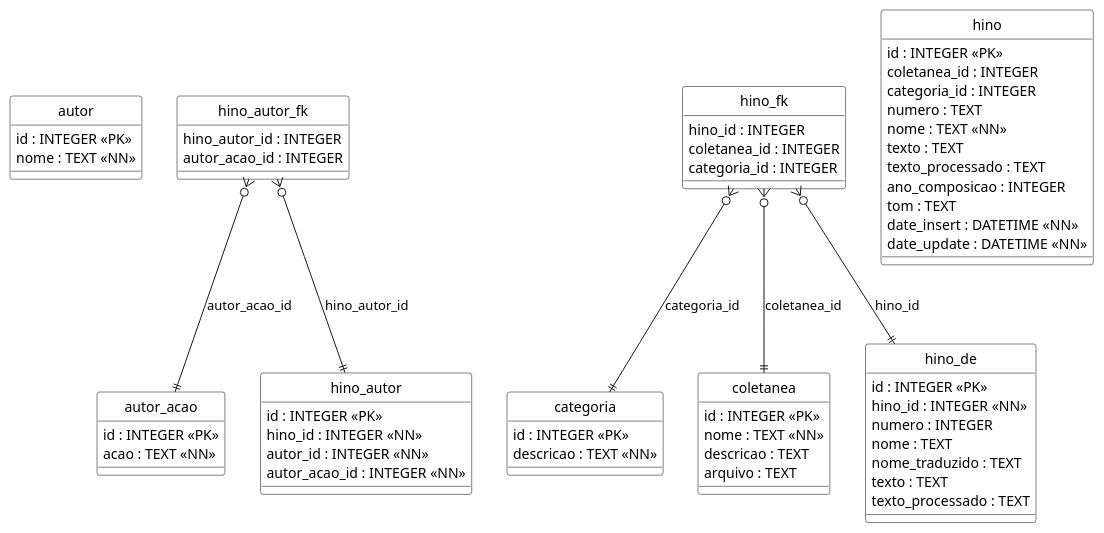
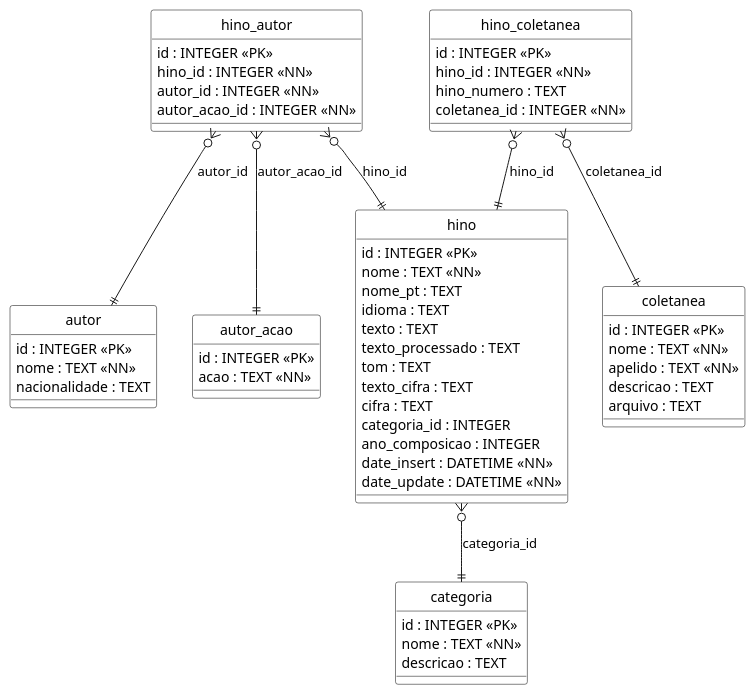
Before and after one commit to evaristocosta/hinos-db: the diagram in database/schema/db-schema.puml, drawn with PlantUML. The commit also changed 13 other files, not shown here.

Commit message:
refactor: nova coluna de relacao entre hino e coletanea -- permite um hino estar em mais de uma coletanea

```diff
--- a/database/schema/db-schema.puml
+++ b/database/schema/db-schema.puml
@@ -1,78 +1,70 @@
-@startuml db-schema
+@startuml
 hide circle
 skinparam class {
   BackgroundColor White
   BorderColor Black
 }
 
 class autor {
   id : INTEGER <<PK>>
   nome : TEXT <<NN>>
+  nacionalidade : TEXT
 }
 
 class autor_acao {
   id : INTEGER <<PK>>
   acao : TEXT <<NN>>
 }
 
 class categoria {
   id : INTEGER <<PK>>
-  descricao : TEXT <<NN>>
+  nome : TEXT <<NN>>
+  descricao : TEXT
 }
 
 class coletanea {
   id : INTEGER <<PK>>
   nome : TEXT <<NN>>
+  apelido : TEXT <<NN>>
   descricao : TEXT
   arquivo : TEXT
 }
 
 class hino {
   id : INTEGER <<PK>>
-  coletanea_id : INTEGER
-  categoria_id : INTEGER
-  numero : TEXT
   nome : TEXT <<NN>>
+  nome_pt : TEXT
+  idioma : TEXT
   texto : TEXT
   texto_processado : TEXT
+  tom : TEXT
+  texto_cifra : TEXT
+  cifra : TEXT
+  categoria_id : INTEGER
   ano_composicao : INTEGER
-  tom : TEXT
   date_insert : DATETIME <<NN>>
   date_update : DATETIME <<NN>>
 }
 
 class hino_autor {
   id : INTEGER <<PK>>
   hino_id : INTEGER <<NN>>
   autor_id : INTEGER <<NN>>
   autor_acao_id : INTEGER <<NN>>
 }
 
-class hino_autor_fk {
-  hino_autor_id : INTEGER
-  autor_acao_id : INTEGER
+class hino_coletanea {
+  id : INTEGER <<PK>>
+  hino_id : INTEGER <<NN>>
+  hino_numero : TEXT
+  coletanea_id : INTEGER <<NN>>
 }
 
-class hino_de {
-  id : INTEGER <<PK>>
-  hino_id : INTEGER <<NN>>
-  numero : INTEGER
-  nome : TEXT
-  nome_traduzido : TEXT
-  texto : TEXT
-  texto_processado : TEXT
-}
-
-class hino_fk {
-  hino_id : INTEGER
-  coletanea_id : INTEGER
-  categoria_id : INTEGER
-}
-
-hino_autor_fk }o--|| hino_autor : hino_autor_id
-hino_autor_fk }o--|| autor_acao : autor_acao_id
-hino_fk }o--|| categoria : categoria_id
-hino_fk }o--|| hino_de : hino_id
-hino_fk }o--|| coletanea : coletanea_id
+hino }o--|| categoria : categoria_id
+hino_autor }o--|| autor_acao : autor_acao_id
+hino_autor }o--|| hino : hino_id
+hino_autor }o--|| autor : autor_id
+hino_coletanea }o--|| coletanea : coletanea_id
+hino_coletanea }o--|| hino : hino_id
 
 @enduml
```
